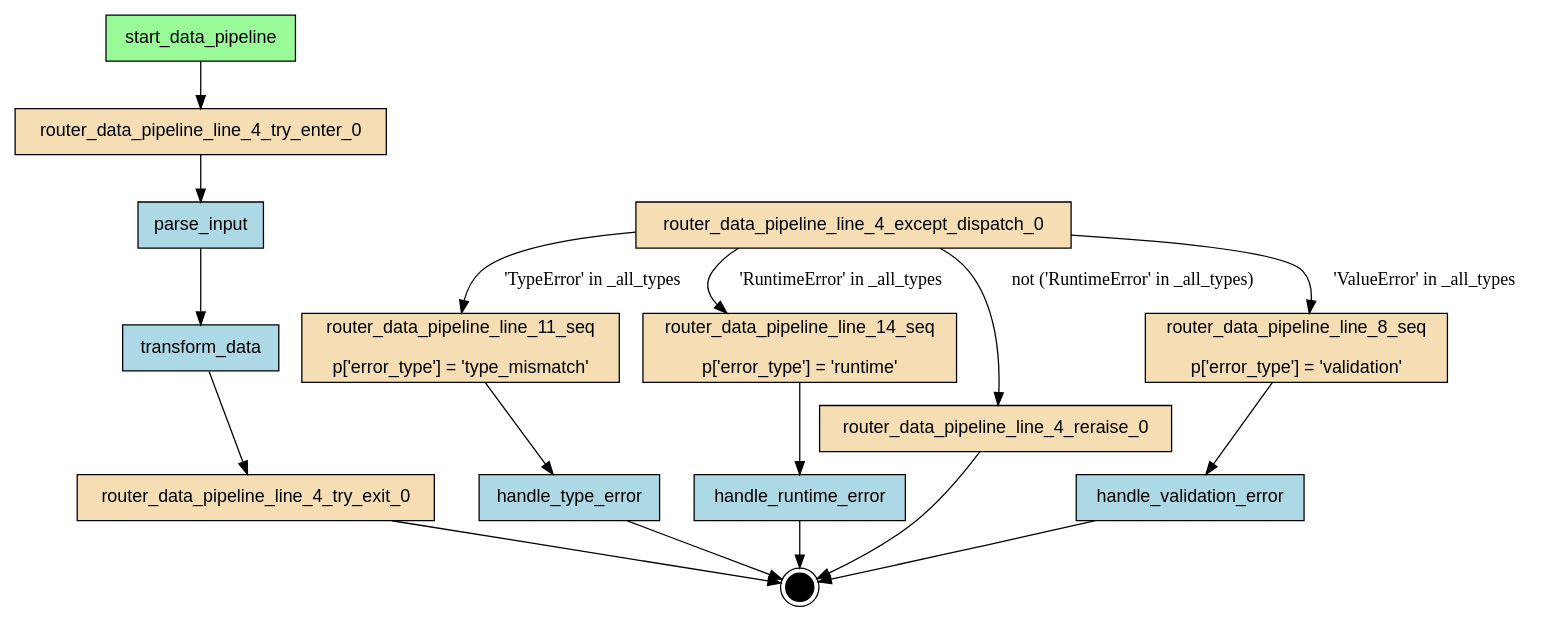
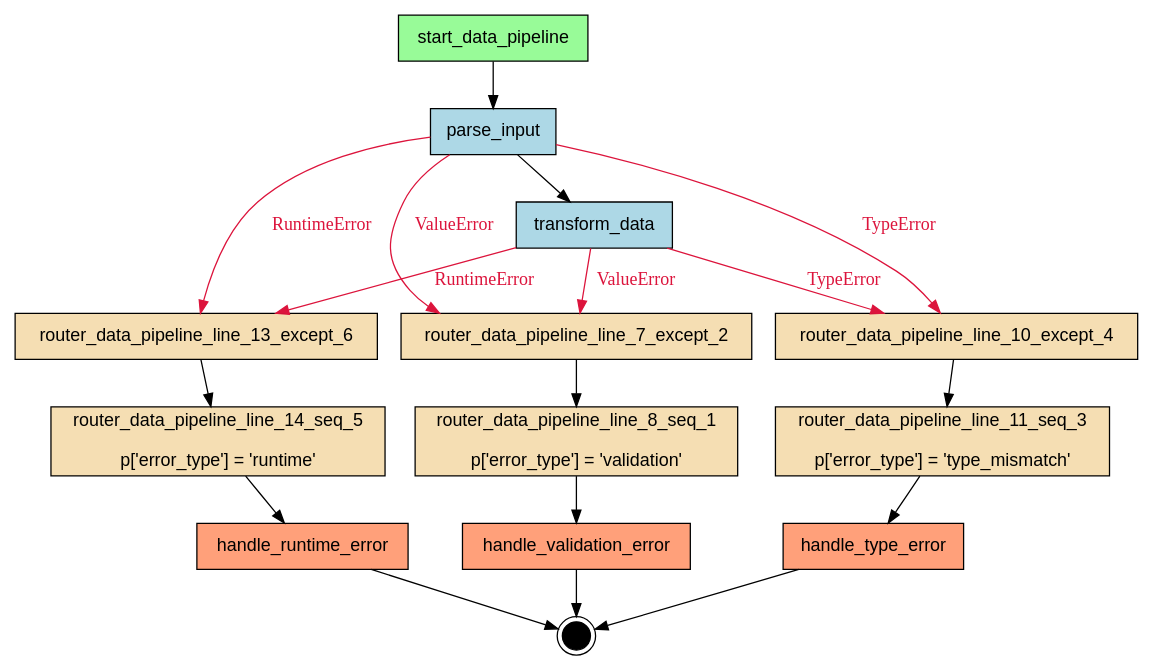
One commit to deliveryhero/asya changed the diagram in examples/flows/compiled/try_except_multiple_handlers/flow.dot. Above: the diagram before and after it, drawn with Graphviz. The commit also changed 39 other files, not shown here.

First line of the commit message:
chore: enable try/except flow compilation in pre-commit hook

```diff
--- a/examples/flows/compiled/try_except_multiple_handlers/flow.dot
+++ b/examples/flows/compiled/try_except_multiple_handlers/flow.dot
@@ -1,39 +1,39 @@
-digraph "try_except_multiple_handlers" {
+digraph "data_pipeline" {
     rankdir=TB;
     node [shape=box, style=filled, fontname="Helvetica"];
 
     { rank=source; start_data_pipeline; }
 
-    handle_runtime_error [label="handle_runtime_error", fillcolor=lightblue];
-    handle_type_error [label="handle_type_error", fillcolor=lightblue];
-    handle_validation_error [label="handle_validation_error", fillcolor=lightblue];
+    handle_runtime_error [label="handle_runtime_error", fillcolor=lightsalmon];
+    handle_type_error [label="handle_type_error", fillcolor=lightsalmon];
+    handle_validation_error [label="handle_validation_error", fillcolor=lightsalmon];
     parse_input [label="parse_input", fillcolor=lightblue];
-    router_data_pipeline_line_11_seq [label="router_data_pipeline_line_11_seq\n\np['error_type'] = 'type_mismatch'", fillcolor=wheat];
-    router_data_pipeline_line_14_seq [label="router_data_pipeline_line_14_seq\n\np['error_type'] = 'runtime'", fillcolor=wheat];
-    router_data_pipeline_line_4_except_dispatch_0 [label="router_data_pipeline_line_4_except_dispatch_0", fillcolor=wheat];
-    router_data_pipeline_line_4_reraise_0 [label="router_data_pipeline_line_4_reraise_0", fillcolor=wheat];
-    router_data_pipeline_line_4_try_enter_0 [label="router_data_pipeline_line_4_try_enter_0", fillcolor=wheat];
-    router_data_pipeline_line_4_try_exit_0 [label="router_data_pipeline_line_4_try_exit_0", fillcolor=wheat];
-    router_data_pipeline_line_8_seq [label="router_data_pipeline_line_8_seq\n\np['error_type'] = 'validation'", fillcolor=wheat];
+    router_data_pipeline_line_10_except_4 [label="router_data_pipeline_line_10_except_4", fillcolor=wheat];
+    router_data_pipeline_line_11_seq_3 [label="router_data_pipeline_line_11_seq_3\n\np['error_type'] = 'type_mismatch'", fillcolor=wheat];
+    router_data_pipeline_line_13_except_6 [label="router_data_pipeline_line_13_except_6", fillcolor=wheat];
+    router_data_pipeline_line_14_seq_5 [label="router_data_pipeline_line_14_seq_5\n\np['error_type'] = 'runtime'", fillcolor=wheat];
+    router_data_pipeline_line_7_except_2 [label="router_data_pipeline_line_7_except_2", fillcolor=wheat];
+    router_data_pipeline_line_8_seq_1 [label="router_data_pipeline_line_8_seq_1\n\np['error_type'] = 'validation'", fillcolor=wheat];
     start_data_pipeline [label="start_data_pipeline", fillcolor=palegreen];
     transform_data [label="transform_data", fillcolor=lightblue];
 
     __end__ [label="", shape=doublecircle, fillcolor=black, width=0.3, fixedsize=true];
 
-    start_data_pipeline -> router_data_pipeline_line_4_try_enter_0;
-    router_data_pipeline_line_8_seq -> handle_validation_error;
-    router_data_pipeline_line_11_seq -> handle_type_error;
-    router_data_pipeline_line_14_seq -> handle_runtime_error;
-    router_data_pipeline_line_4_try_enter_0 -> parse_input;
+    start_data_pipeline -> parse_input;
     parse_input -> transform_data;
-    transform_data -> router_data_pipeline_line_4_try_exit_0;
-    router_data_pipeline_line_4_except_dispatch_0 -> router_data_pipeline_line_8_seq [label="'ValueError' in _all_types"];
-    router_data_pipeline_line_4_except_dispatch_0 -> router_data_pipeline_line_11_seq [label="'TypeError' in _all_types"];
-    router_data_pipeline_line_4_except_dispatch_0 -> router_data_pipeline_line_14_seq [label="'RuntimeError' in _all_types"];
-    router_data_pipeline_line_4_except_dispatch_0 -> router_data_pipeline_line_4_reraise_0 [label="not ('RuntimeError' in _all_types)"];
+    router_data_pipeline_line_8_seq_1 -> handle_validation_error;
+    router_data_pipeline_line_7_except_2 -> router_data_pipeline_line_8_seq_1;
+    router_data_pipeline_line_11_seq_3 -> handle_type_error;
+    router_data_pipeline_line_10_except_4 -> router_data_pipeline_line_11_seq_3;
+    router_data_pipeline_line_14_seq_5 -> handle_runtime_error;
+    router_data_pipeline_line_13_except_6 -> router_data_pipeline_line_14_seq_5;
+    parse_input -> router_data_pipeline_line_7_except_2 [label="ValueError", color="#DC143C", fontcolor="#DC143C"];
+    parse_input -> router_data_pipeline_line_10_except_4 [label="TypeError", color="#DC143C", fontcolor="#DC143C"];
+    parse_input -> router_data_pipeline_line_13_except_6 [label="RuntimeError", color="#DC143C", fontcolor="#DC143C"];
+    transform_data -> router_data_pipeline_line_7_except_2 [label="ValueError", color="#DC143C", fontcolor="#DC143C"];
+    transform_data -> router_data_pipeline_line_10_except_4 [label="TypeError", color="#DC143C", fontcolor="#DC143C"];
+    transform_data -> router_data_pipeline_line_13_except_6 [label="RuntimeError", color="#DC143C", fontcolor="#DC143C"];
     handle_runtime_error -> __end__;
     handle_type_error -> __end__;
     handle_validation_error -> __end__;
-    router_data_pipeline_line_4_reraise_0 -> __end__;
-    router_data_pipeline_line_4_try_exit_0 -> __end__;
 }
```
